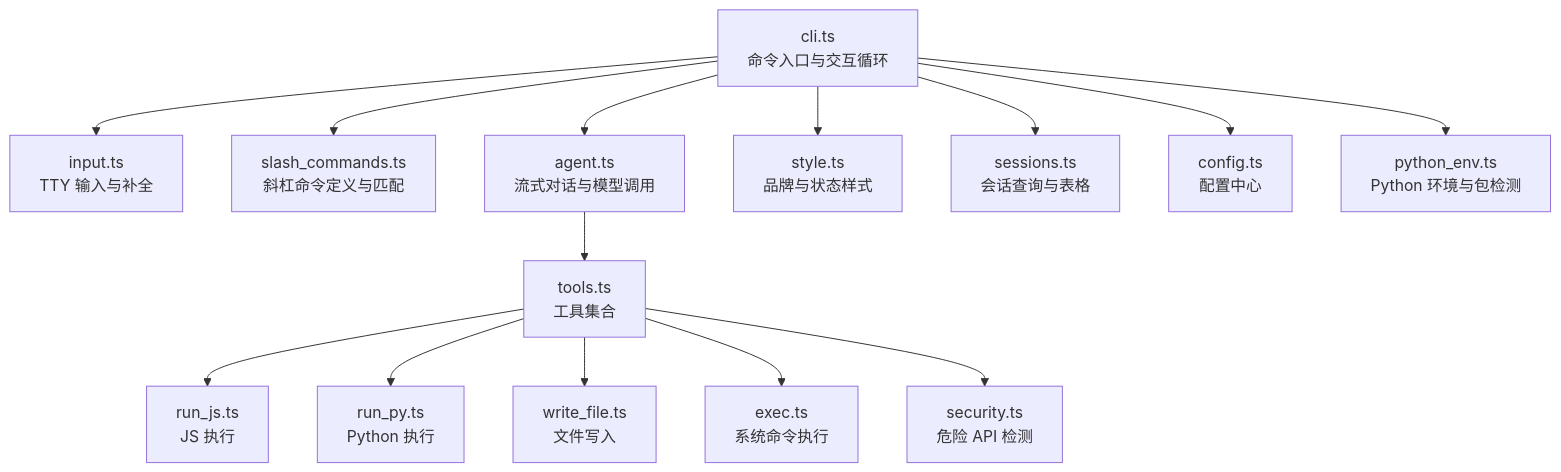
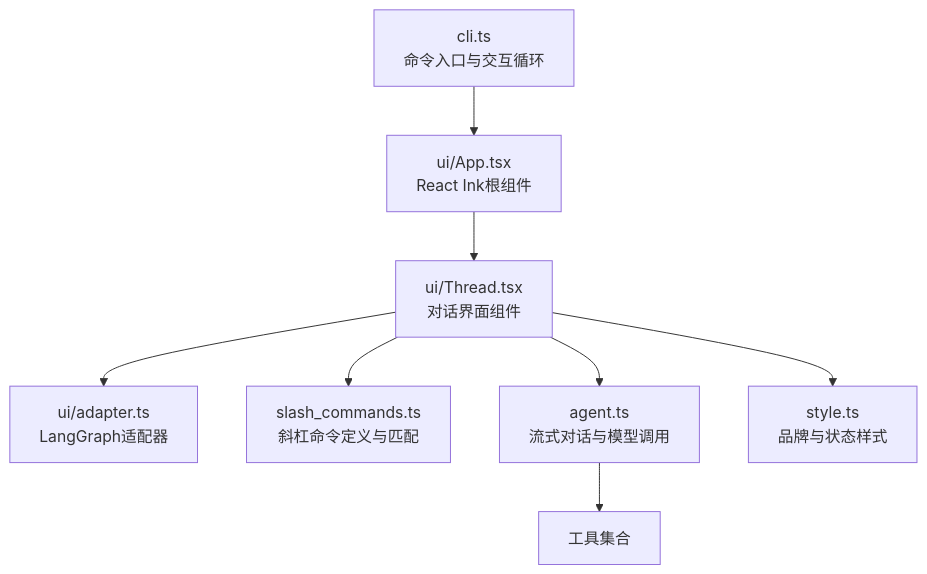
Before and after one commit to HAOFUYANG/onion-code: the first of 3 diagrams in .qoder/repowiki/zh/content/CLI 界面.md, drawn with Mermaid. The commit also changed other lines of this file and 41 other files, not shown here.

````diff
--- a/.qoder/repowiki/zh/content/CLI 界面.md
+++ b/.qoder/repowiki/zh/content/CLI 界面.md
@@ -57,16 +49,10 @@
 ```mermaid
 graph TB
-CLI["cli.ts<br/>命令入口与交互循环"] --> INPUT["input.ts<br/>TTY 输入与补全"]
-CLI --> SLASH["slash_commands.ts<br/>斜杠命令定义与匹配"]
-CLI --> AGENT["agent.ts<br/>流式对话与模型调用"]
-CLI --> STYLE["style.ts<br/>品牌与状态样式"]
-CLI --> SESSIONS["sessions.ts<br/>会话查询与表格"]
-CLI --> CONFIG["config.ts<br/>配置中心"]
-CLI --> PYENV["python_env.ts<br/>Python 环境与包检测"]
-AGENT --> TOOLS["tools.ts<br/>工具集合"]
-TOOLS --> RUNJS["run_js.ts<br/>JS 执行"]
-TOOLS --> RUNPY["run_py.ts<br/>Python 执行"]
-TOOLS --> WRITEFILE["write_file.ts<br/>文件写入"]
-TOOLS --> EXEC["exec.ts<br/>系统命令执行"]
-TOOLS --> SECURITY["security.ts<br/>危险 API 检测"]
+CLI["cli.ts<br/>命令入口与交互循环"] --> APP["ui/App.tsx<br/>React Ink根组件"]
+APP --> THREAD["ui/Thread.tsx<br/>对话界面组件"]
+THREAD --> ADAPTER["ui/adapter.ts<br/>LangGraph适配器"]
+THREAD --> SLASH["slash_commands.ts<br/>斜杠命令定义与匹配"]
+THREAD --> AGENT["agent.ts<br/>流式对话与模型调用"]
+THREAD --> STYLE["style.ts<br/>品牌与状态样式"]
+AGENT --> TOOLS["工具集合"]
 ```
````
